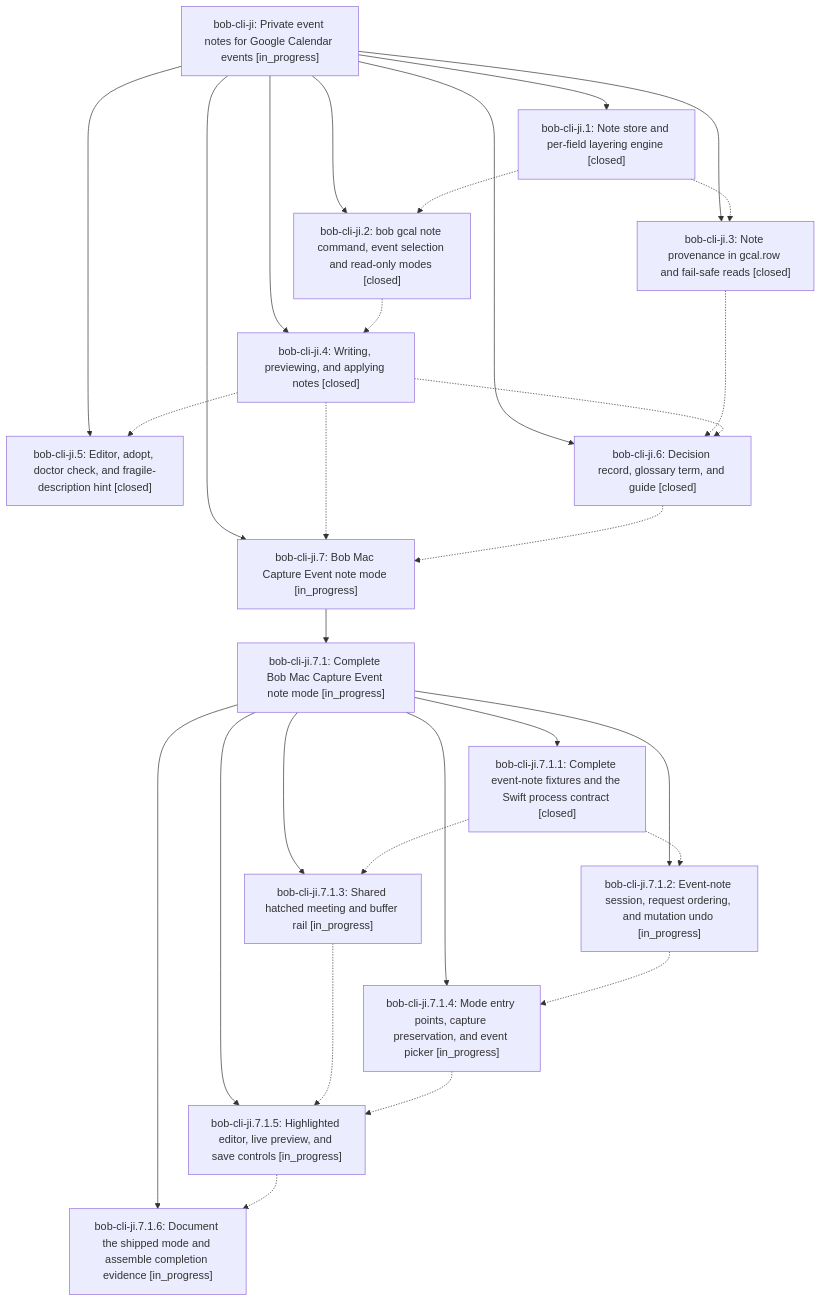
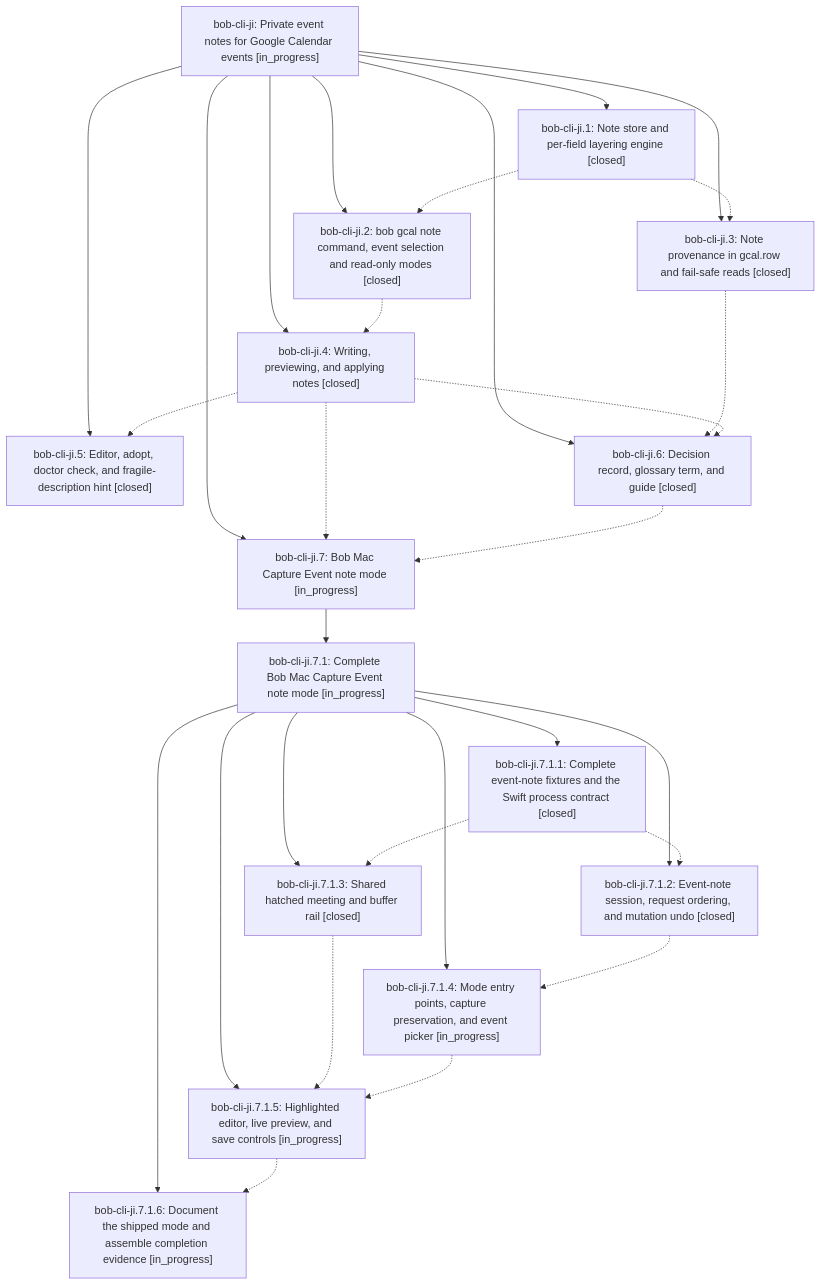
The diagram in pages/bob-cli-ji/README.md (bobs-org/bob-cli--beads), drawn with Mermaid before and after one commit. The commit also changed other lines of this file and 5 other files, not shown here.

First line of the commit message:
chore(beads): sync bead state and pages for bob-cli-ji

````diff
--- a/pages/bob-cli-ji/README.md
+++ b/pages/bob-cli-ji/README.md
@@ -42,46 +42,46 @@
 ```mermaid
 flowchart TD
     n0["bob-cli-ji: Private event notes for Google Calendar events [in_progress]"]
     n1["bob-cli-ji.1: Note store and per-field layering engine [closed]"]
     n2["bob-cli-ji.2: bob gcal note command, event selection and read-only modes [closed]"]
     n3["bob-cli-ji.3: Note provenance in gcal.row and fail-safe reads [closed]"]
     n4["bob-cli-ji.4: Writing, previewing, and applying notes [closed]"]
     n5["bob-cli-ji.5: Editor, adopt, doctor check, and fragile-description hint [closed]"]
     n6["bob-cli-ji.6: Decision record, glossary term, and guide [closed]"]
     n7["bob-cli-ji.7: Bob Mac Capture Event note mode [in_progress]"]
     n8["bob-cli-ji.7.1: Complete Bob Mac Capture Event note mode [in_progress]"]
     n9["bob-cli-ji.7.1.1: Complete event-note fixtures and the Swift process contract [closed]"]
-    n10["bob-cli-ji.7.1.2: Event-note session, request ordering, and mutation undo [in_progress]"]
-    n11["bob-cli-ji.7.1.3: Shared hatched meeting and buffer rail [in_progress]"]
+    n10["bob-cli-ji.7.1.2: Event-note session, request ordering, and mutation undo [closed]"]
+    n11["bob-cli-ji.7.1.3: Shared hatched meeting and buffer rail [closed]"]
     n12["bob-cli-ji.7.1.4: Mode entry points, capture preservation, and event picker [in_progress]"]
     n13["bob-cli-ji.7.1.5: Highlighted editor, live preview, and save controls [in_progress]"]
     n14["bob-cli-ji.7.1.6: Document the shipped mode and assemble completion evidence [in_progress]"]
     n0 --> n1
     n0 --> n2
     n0 --> n3
     n0 --> n4
     n0 --> n5
     n0 --> n6
     n0 --> n7
     n7 --> n8
     n8 --> n9
     n8 --> n10
     n8 --> n11
     n8 --> n12
     n8 --> n13
     n8 --> n14
     n1 -.-> n2
     n1 -.-> n3
     n2 -.-> n4
     n3 -.-> n6
     n4 -.-> n5
     n4 -.-> n6
     n4 -.-> n7
     n6 -.-> n7
     n9 -.-> n10
     n9 -.-> n11
     n10 -.-> n12
     n11 -.-> n13
     n12 -.-> n13
     n13 -.-> n14
 ```
````
